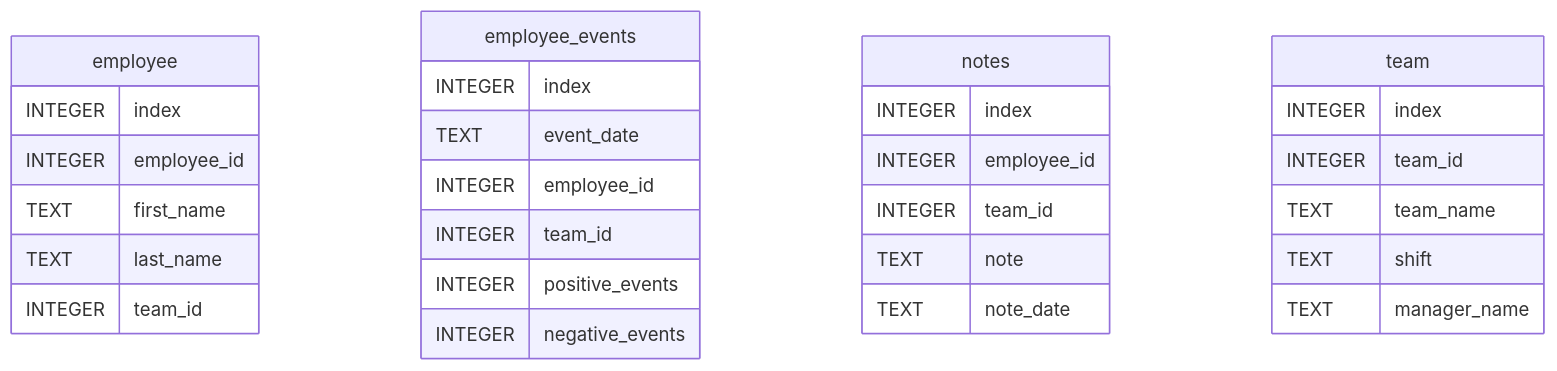
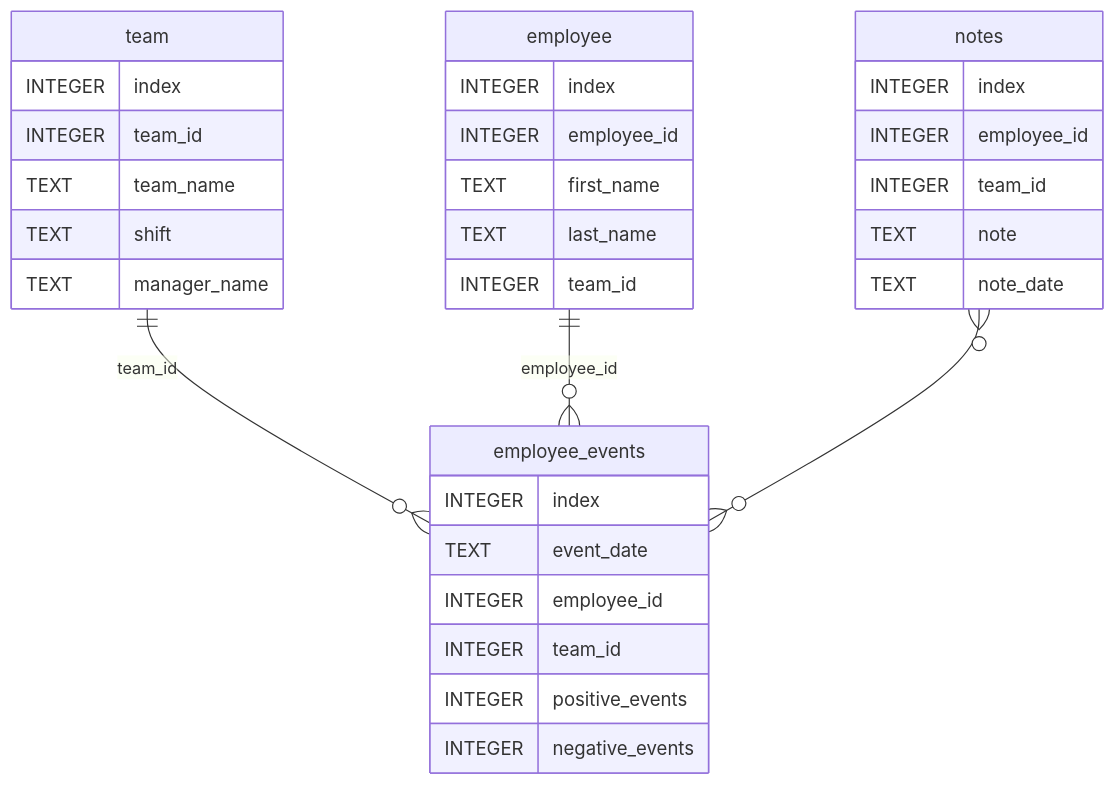
The diagram in python-package/README.md (cariad-robert-abel/udacity-dsnd-dashboard-project), drawn with Mermaid before and after one commit. The commit also changed other lines of this file and 2 other files, not shown here.

````diff
--- a/python-package/README.md
+++ b/python-package/README.md
@@ -8,36 +8,40 @@
 ```mermaid
 erDiagram
 
   employee {
     INTEGER index
     INTEGER employee_id
     TEXT first_name
     TEXT last_name
     INTEGER team_id
   }
 
   employee_events {
     INTEGER index
     TEXT event_date
     INTEGER employee_id
     INTEGER team_id
     INTEGER positive_events
     INTEGER negative_events
   }
 
   notes {
     INTEGER index
     INTEGER employee_id
     INTEGER team_id
     TEXT note
     TEXT note_date
   }
 
   team {
     INTEGER index
     INTEGER team_id
     TEXT team_name
     TEXT shift
     TEXT manager_name
   }
+
+  team ||--o{ employee_events : "team_id"
+  employee ||--o{ employee_events : "employee_id"
+  notes }o--o{ employee_events : ""
 ```
````
